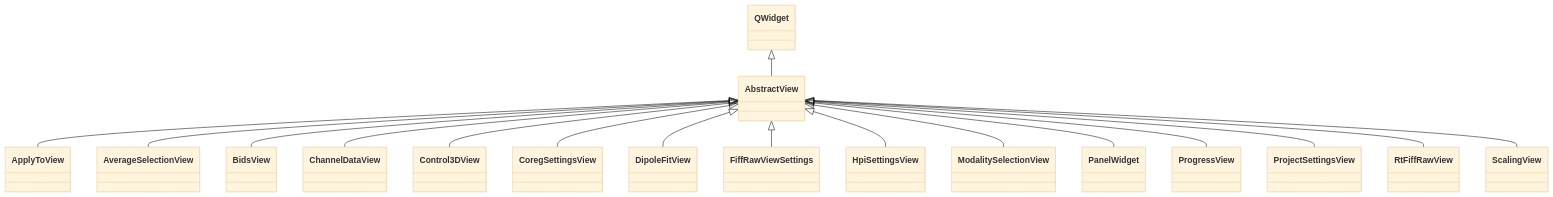
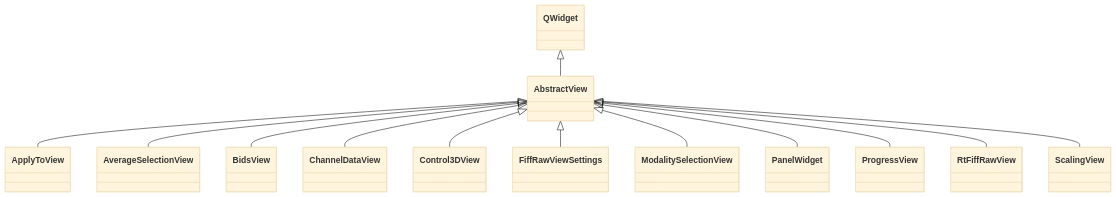
One commit to mne-tools/mne-cpp changed the diagram in doc/website/docs/api/viz-qt/abstract-view.mdx. Above: the diagram before and after it, drawn with Mermaid (base theme). The commit also changed 14 other files, not shown here.

````diff
--- a/doc/website/docs/api/viz-qt/abstract-view.mdx
+++ b/doc/website/docs/api/viz-qt/abstract-view.mdx
@@ -24,34 +24,26 @@
 ```mermaid
 classDiagram
     QWidget <|-- AbstractView
     AbstractView <|-- ApplyToView
     click ApplyToView href "../../viz-qt/apply-to-view/"
     AbstractView <|-- AverageSelectionView
     click AverageSelectionView href "../../viz-qt/average-selection-view/"
     AbstractView <|-- BidsView
     click BidsView href "../../viz-qt/bids-view/"
     AbstractView <|-- ChannelDataView
     click ChannelDataView href "../../viz-qt/channel-data-view/"
     AbstractView <|-- Control3DView
     click Control3DView href "../../viz-qt/control3-d-view/"
-    AbstractView <|-- CoregSettingsView
-    click CoregSettingsView href "../../viz-qt/coreg-settings-view/"
-    AbstractView <|-- DipoleFitView
-    click DipoleFitView href "../../viz-qt/dipole-fit-view/"
     AbstractView <|-- FiffRawViewSettings
     click FiffRawViewSettings href "../../viz-qt/fiff-raw-view-settings/"
-    AbstractView <|-- HpiSettingsView
-    click HpiSettingsView href "../../viz-qt/hpi-settings-view/"
     AbstractView <|-- ModalitySelectionView
     click ModalitySelectionView href "../../viz-qt/modality-selection-view/"
     AbstractView <|-- PanelWidget
     click PanelWidget href "../../viz-qt/panel-widget/"
     AbstractView <|-- ProgressView
     click ProgressView href "../../viz-qt/progress-view/"
-    AbstractView <|-- ProjectSettingsView
-    click ProjectSettingsView href "../../viz-qt/project-settings-view/"
     AbstractView <|-- RtFiffRawView
     click RtFiffRawView href "../../viz-qt/rt-fiff-raw-view/"
     AbstractView <|-- ScalingView
     click ScalingView href "../../viz-qt/scaling-view/"
 ```
````
